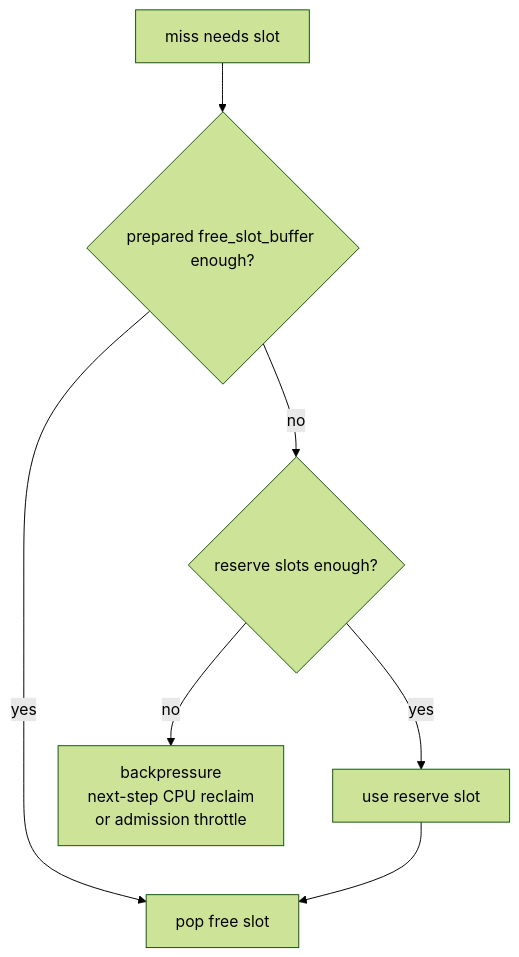
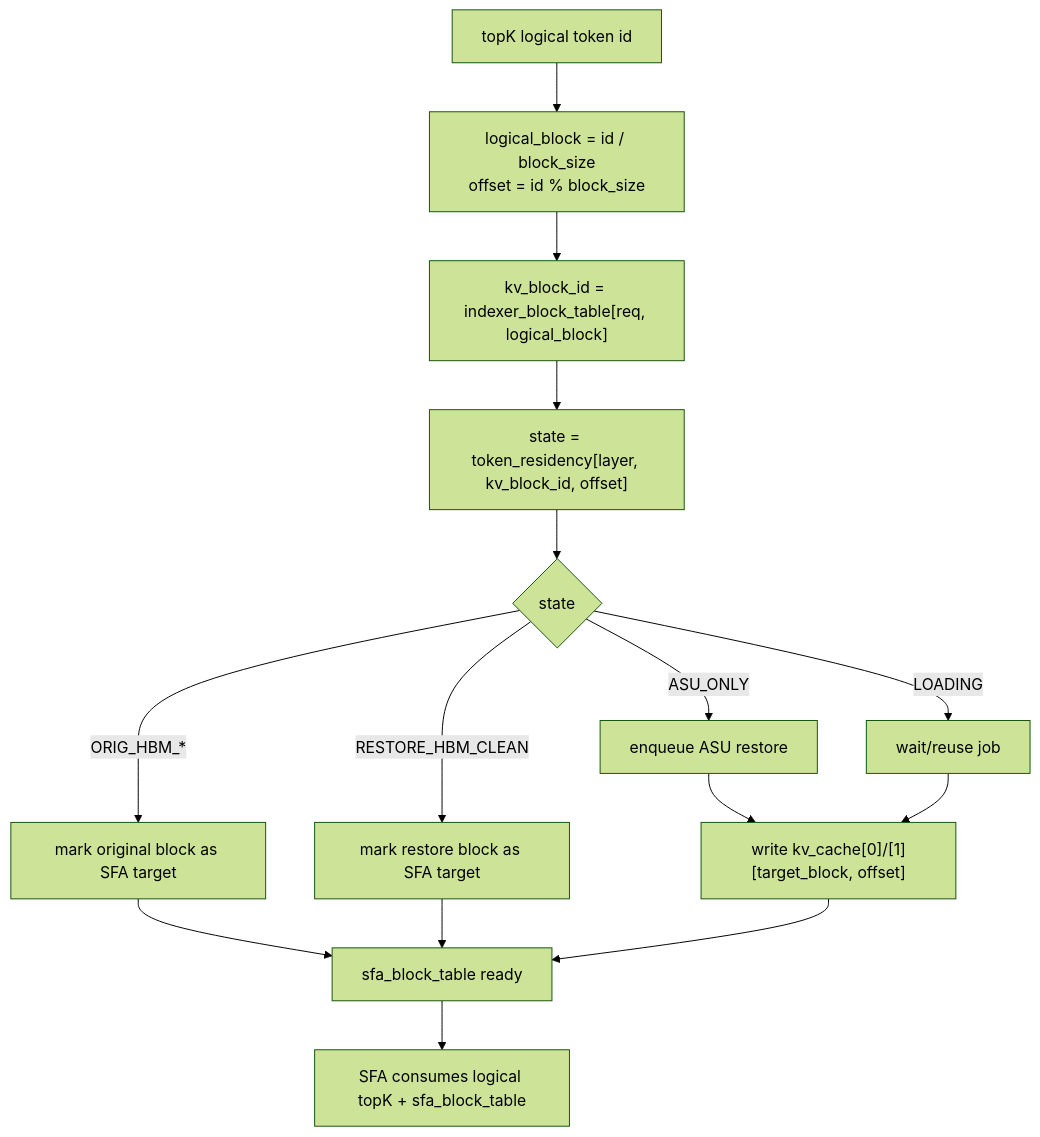
Before and after one commit to ykfnxx/ASU-Ascend: the fifth of 7 diagrams in docs/draft/2026-06-02-npu-hbm-kvcache-management-draft.md, drawn with Mermaid (forest theme). The commit also changed other lines of this file, not shown here.

Commit message:
Rewrite ASU-backed KVCache draft

````diff
--- a/docs/draft/2026-06-02-npu-hbm-kvcache-management-draft.md
+++ b/docs/draft/2026-06-02-npu-hbm-kvcache-management-draft.md
@@ -734,9 +876,17 @@
 ```mermaid
 flowchart TB
-    A["miss needs slot"] --> B{"prepared free_slot_buffer enough?"}
-    B -- "yes" --> C["pop free slot"]
-    B -- "no" --> D{"reserve slots enough?"}
-    D -- "yes" --> E["use reserve slot"]
-    D -- "no" --> F["backpressure<br/>next-step CPU reclaim<br/>or admission throttle"]
-    E --> C
+    A["topK logical token id"] --> B["logical_block = id / block_size<br/>offset = id % block_size"]
+    B --> C["kv_block_id = indexer_block_table[req, logical_block]"]
+    C --> D["state = token_residency[layer, kv_block_id, offset]"]
+    D --> E{"state"}
+    E -- "ORIG_HBM_*" --> F["mark original block as SFA target"]
+    E -- "RESTORE_HBM_CLEAN" --> G["mark restore block as SFA target"]
+    E -- "ASU_ONLY" --> H["enqueue ASU restore"]
+    E -- "LOADING" --> I["wait/reuse job"]
+    H --> J["write kv_cache[0]/[1][target_block, offset]"]
+    I --> J
+    F --> K["sfa_block_table ready"]
+    G --> K
+    J --> K
+    K --> L["SFA consumes logical topK + sfa_block_table"]
 ```
````
